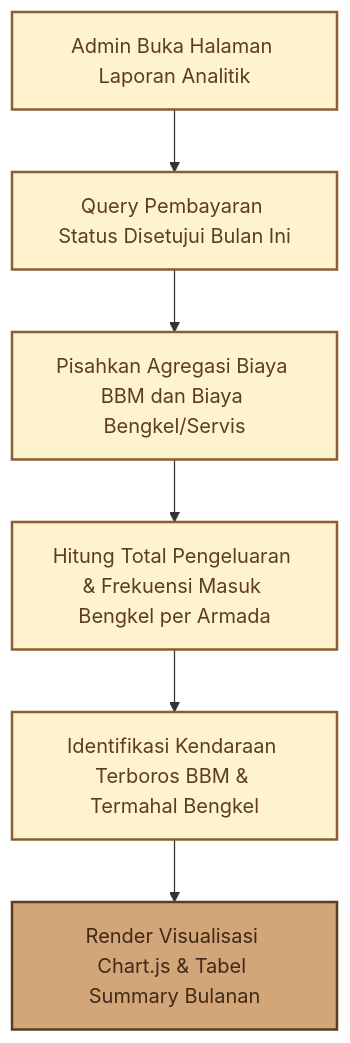
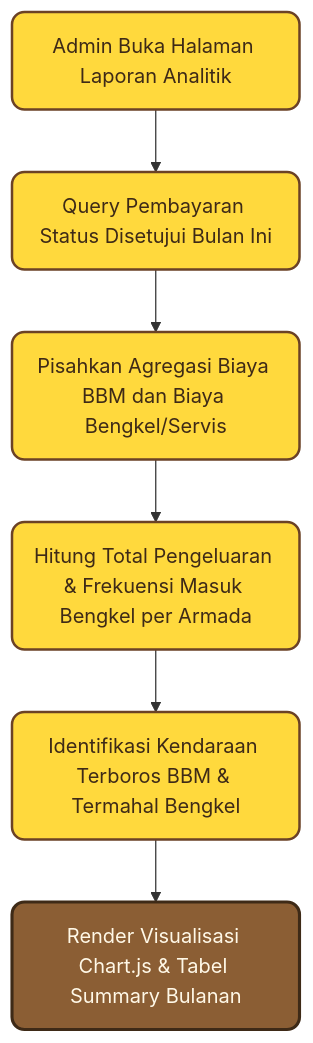
Before and after one commit to nazwasalsabila181718-droid/manajemen_perawatan: diagram 12 of 13 in docs/DOKUMENTASI_MODULE_SISTEM.md, drawn with Mermaid. The commit also changed other lines of this file, not shown here.

Commit message:
style: modernisasi diagram mermaid dengan tema kuning cerah rounded

````diff
--- a/docs/DOKUMENTASI_MODULE_SISTEM.md
+++ b/docs/DOKUMENTASI_MODULE_SISTEM.md
@@ -322,14 +338,14 @@
 ```mermaid
 flowchart TD
-    classDef default fill:#FFF3CD,stroke:#8B5E34,stroke-width:2px,color:#5C3D1F;
-    classDef highlight fill:#D2A679,stroke:#5C3D1F,stroke-width:2px,color:#3E2A17;
+    A(Admin Buka Halaman Laporan Analitik) --> B(Query Pembayaran Status Disetujui Bulan Ini)
+    B --> C(Pisahkan Agregasi Biaya BBM dan Biaya Bengkel/Servis)
+    C --> D(Hitung Total Pengeluaran & Frekuensi Masuk Bengkel per Armada)
+    D --> E(Identifikasi Kendaraan Terboros BBM & Termahal Bengkel)
+    E --> F(Render Visualisasi Chart.js & Tabel Summary Bulanan)
 
-    A[Admin Buka Halaman Laporan Analitik] --> B[Query Pembayaran Status Disetujui Bulan Ini]
-    B --> C[Pisahkan Agregasi Biaya BBM dan Biaya Bengkel/Servis]
-    C --> D[Hitung Total Pengeluaran & Frekuensi Masuk Bengkel per Armada]
-    D --> E[Identifikasi Kendaraan Terboros BBM & Termahal Bengkel]
-    E --> F[Render Visualisasi Chart.js & Tabel Summary Bulanan]
+    classDef default fill:#FFD93D,stroke:#6B4226,stroke-width:2px,color:#3E2A17,rx:10,ry:10;
+    classDef highlight fill:#8B5E34,stroke:#3E2A17,stroke-width:2.5px,color:#FFF8E7,rx:10,ry:10;
 
     class A,B,C,D,E default;
     class F highlight;
 ```
````
